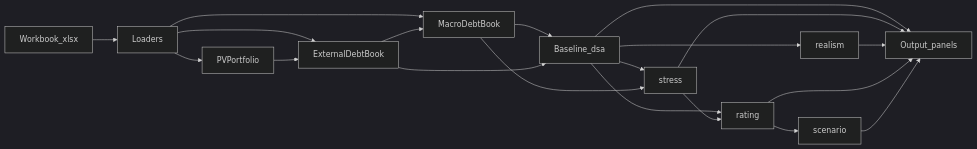
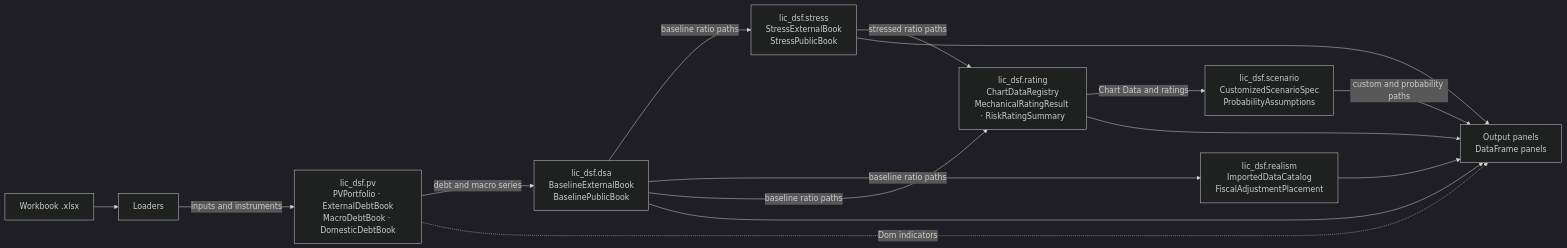
The diagram in docs/01-excel-map.md (Teal-Insights/py-lic-dsf), drawn with Mermaid (dark theme) before and after one commit. The commit also changed other lines of this file, not shown here.

Commit message:
documentation changes

````diff
--- a/docs/01-excel-map.md
+++ b/docs/01-excel-map.md
@@ -7,34 +13,27 @@
 ```mermaid
 flowchart LR
-  xlsx[Workbook_xlsx]
+  xlsx["Workbook .xlsx"]
   loaders[Loaders]
-  portfolio[PVPortfolio]
-  ext[ExternalDebtBook]
-  macro[MacroDebtBook]
-  dsa[Baseline_dsa]
-  stress[stress]
-  realism[realism]
-  rating[rating]
-  scenario[scenario]
-  panels[Output_panels]
+  pv["lic_dsf.pv<br/>PVPortfolio · ExternalDebtBook<br/>MacroDebtBook · DomesticDebtBook"]
+  dsa["lic_dsf.dsa<br/>BaselineExternalBook<br/>BaselinePublicBook"]
+  stress["lic_dsf.stress<br/>StressExternalBook<br/>StressPublicBook"]
+  realism["lic_dsf.realism<br/>ImportedDataCatalog<br/>FiscalAdjustmentPlacement"]
+  rating["lic_dsf.rating<br/>ChartDataRegistry<br/>MechanicalRatingResult · RiskRatingSummary"]
+  scenario["lic_dsf.scenario<br/>CustomizedScenarioSpec<br/>ProbabilityAssumptions"]
+  panels["Output panels<br/>DataFrame panels"]
 
   xlsx --> loaders
-  loaders --> portfolio
-  loaders --> ext
-  portfolio --> ext
-  loaders --> macro
-  ext --> macro
-  macro --> dsa
-  ext --> dsa
-  dsa --> stress
-  macro --> stress
-  dsa --> realism
-  dsa --> rating
-  stress --> rating
-  rating --> scenario
+  loaders -->|"inputs and instruments"| pv
+  pv -->|"debt and macro series"| dsa
+  dsa -->|"baseline ratio paths"| stress
+  dsa -->|"baseline ratio paths"| realism
+  stress -->|"stressed ratio paths"| rating
+  dsa -->|"baseline ratio paths"| rating
+  rating -->|"Chart Data and ratings"| scenario
+  scenario -->|"custom and probability paths"| panels
   dsa --> panels
   stress --> panels
   realism --> panels
   rating --> panels
-  scenario --> panels
+  pv -.->|"Dom indicators"| panels
 ```
````
